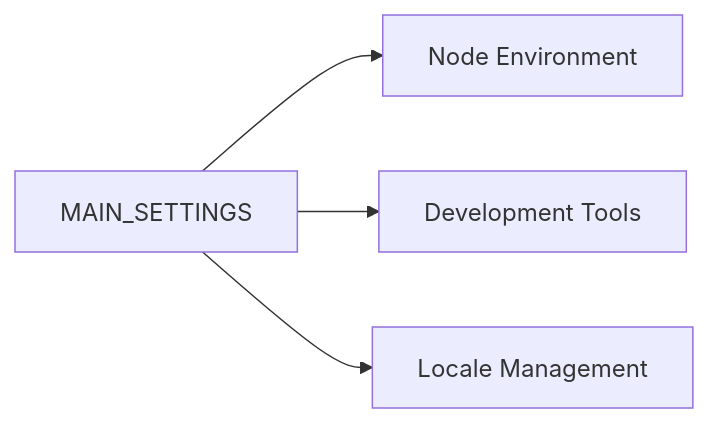
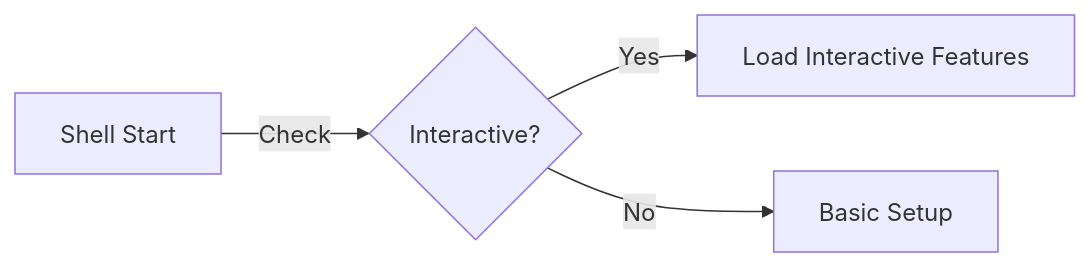
Diagram 11 of 11 in memory-bank/systemPatterns.md (LuxciumProject/ahmyzsh), drawn with Mermaid before and after one commit. The commit also changed other lines of this file and 5 other files, not shown here.

````diff
--- a/memory-bank/systemPatterns.md
+++ b/memory-bank/systemPatterns.md
@@ -78,6 +185,6 @@
-   ```mermaid
-   graph LR
-       A[MAIN_SETTINGS] --> B[Node Environment]
-       A --> C[Development Tools]
-       A --> D[Locale Management]
-   ```
+```mermaid
+graph LR
+    A[Shell Start] -->|Check| B{Interactive?}
+    B -->|Yes| C[Load Interactive Features]
+    B -->|No| D[Basic Setup]
+```
````
